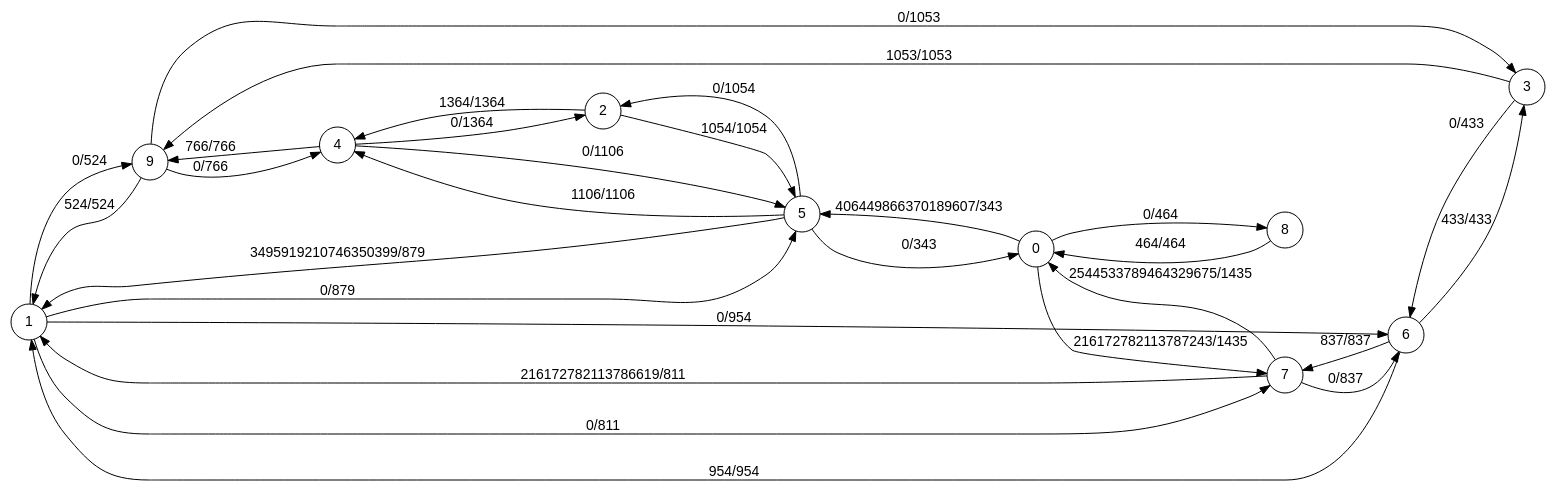
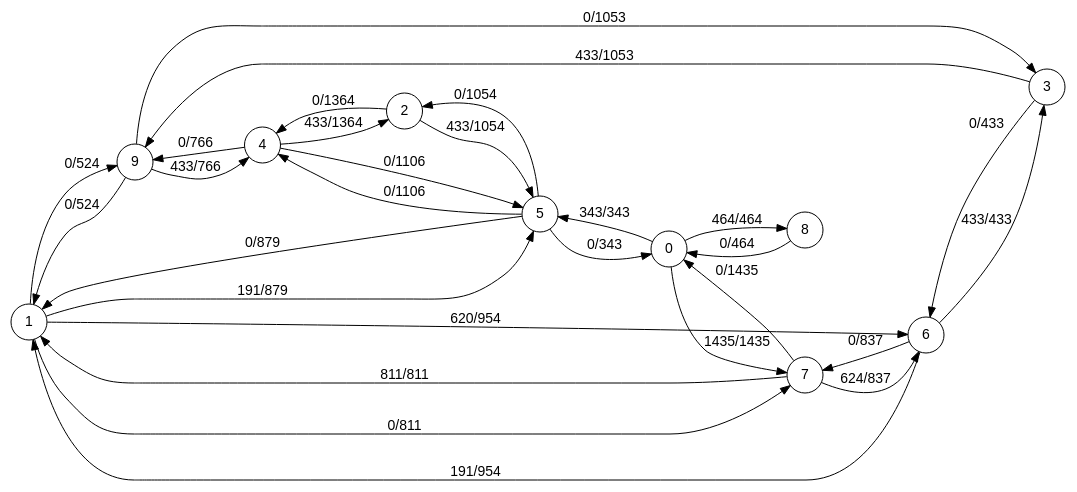
One commit to mateobwe/ocaml-maxflow-project changed the diagram in solution.dot. Above: the diagram before and after it, drawn with Graphviz. The commit also changed 9 other files, not shown here.

```diff
--- a/solution.dot
+++ b/solution.dot
@@ -1,35 +1,35 @@
 digraph finite_state_machine {
   fontname="Helvetica,Arial,sans-serif"
   node [fontname="Helvetica,Arial,sans-serif"]
   edge [fontname="Helvetica,Arial,sans-serif"]
   rankdir=LR;
   node [shape = circle];
   1 -> 9 [ label = "0/524" ];
   1 -> 7 [ label = "0/811" ];
-  1 -> 5 [ label = "0/879" ];
-  1 -> 6 [ label = "0/954" ];
-  9 -> 1 [ label = "524/524" ];
+  1 -> 5 [ label = "191/879" ];
+  1 -> 6 [ label = "620/954" ];
+  9 -> 1 [ label = "0/524" ];
   9 -> 3 [ label = "0/1053" ];
-  9 -> 4 [ label = "0/766" ];
-  3 -> 9 [ label = "1053/1053" ];
+  9 -> 4 [ label = "433/766" ];
+  3 -> 9 [ label = "433/1053" ];
   3 -> 6 [ label = "0/433" ];
-  4 -> 9 [ label = "766/766" ];
+  4 -> 9 [ label = "0/766" ];
   4 -> 5 [ label = "0/1106" ];
-  4 -> 2 [ label = "0/1364" ];
-  7 -> 6 [ label = "0/837" ];
-  7 -> 0 [ label = "2544533789464329675/1435" ];
-  7 -> 1 [ label = "216172782113786619/811" ];
-  6 -> 7 [ label = "837/837" ];
+  4 -> 2 [ label = "433/1364" ];
+  7 -> 6 [ label = "624/837" ];
+  7 -> 0 [ label = "0/1435" ];
+  7 -> 1 [ label = "811/811" ];
+  6 -> 7 [ label = "0/837" ];
   6 -> 3 [ label = "433/433" ];
-  6 -> 1 [ label = "954/954" ];
-  0 -> 7 [ label = "216172782113787243/1435" ];
-  0 -> 8 [ label = "0/464" ];
-  0 -> 5 [ label = "406449866370189607/343" ];
-  8 -> 0 [ label = "464/464" ];
-  5 -> 4 [ label = "1106/1106" ];
+  6 -> 1 [ label = "191/954" ];
+  0 -> 7 [ label = "1435/1435" ];
+  0 -> 8 [ label = "464/464" ];
+  0 -> 5 [ label = "343/343" ];
+  8 -> 0 [ label = "0/464" ];
+  5 -> 4 [ label = "0/1106" ];
   5 -> 2 [ label = "0/1054" ];
-  5 -> 1 [ label = "3495919210746350399/879" ];
+  5 -> 1 [ label = "0/879" ];
   5 -> 0 [ label = "0/343" ];
-  2 -> 4 [ label = "1364/1364" ];
-  2 -> 5 [ label = "1054/1054" ];
+  2 -> 4 [ label = "0/1364" ];
+  2 -> 5 [ label = "433/1054" ];
 }
```
